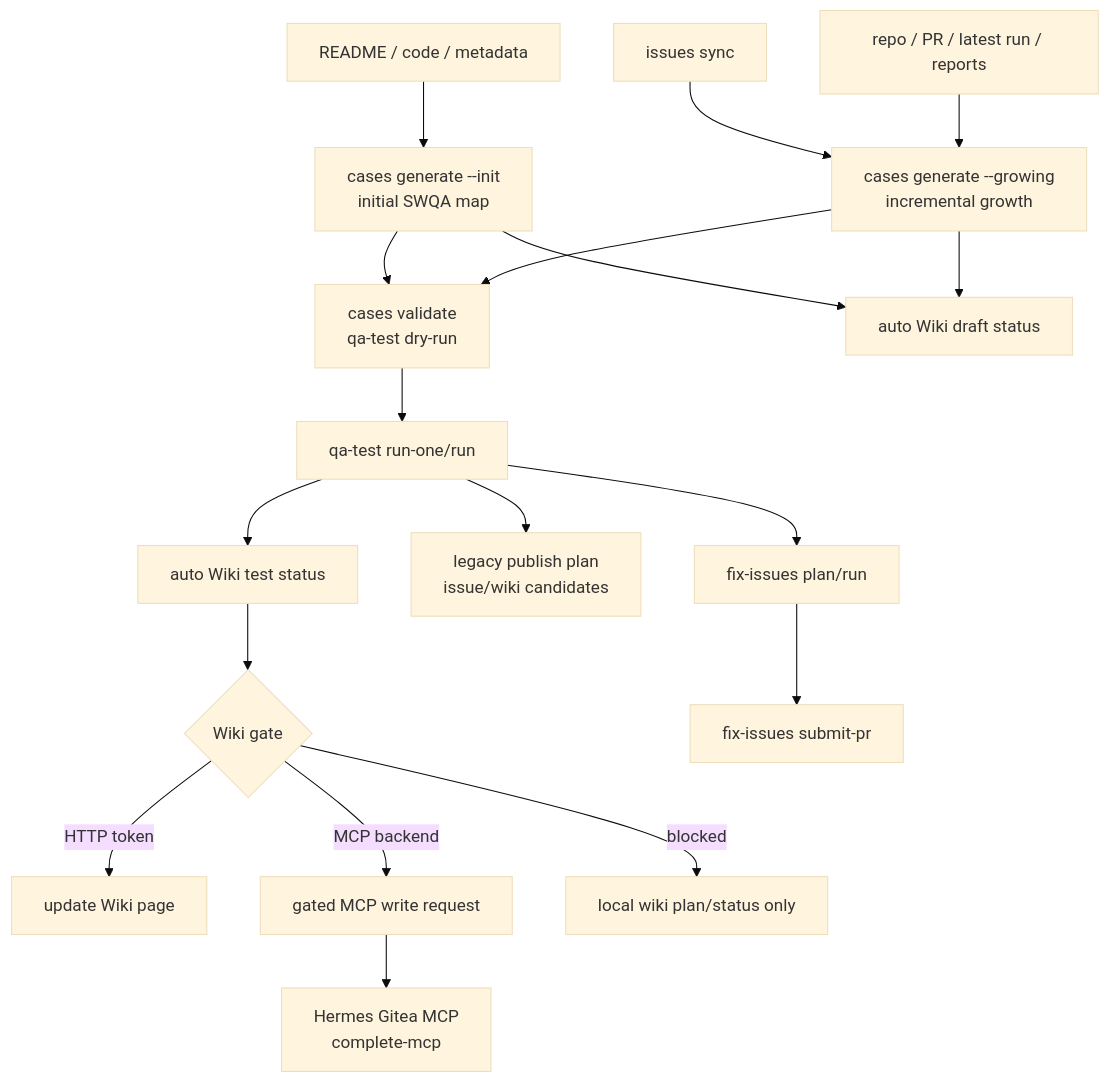
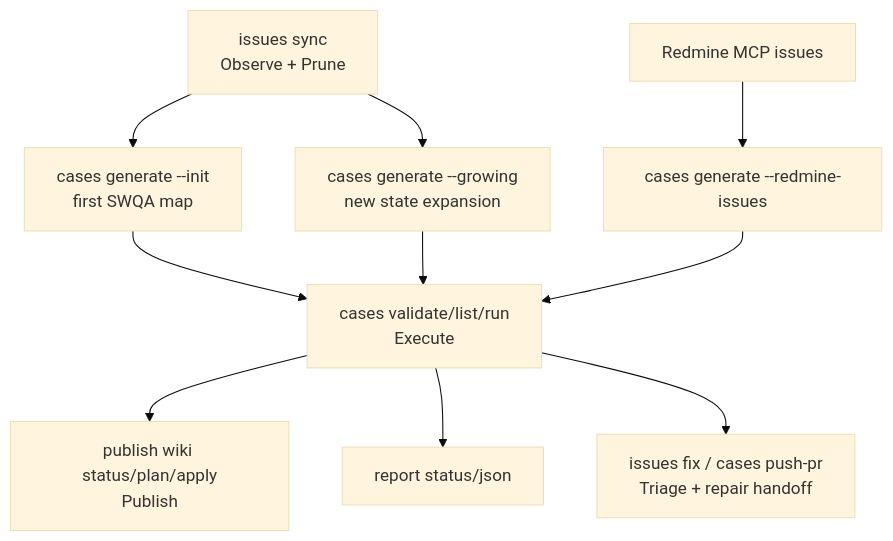
One commit to siriChiu/quality-assurance-AI-system-testing changed the second of 2 diagrams in README.md. Above: the diagram before and after it, drawn with Mermaid (base theme). The commit also changed other lines of this file and 20 other files, not shown here.

First line of the commit message:
Refactor CLI commands and configuration for Hermes MCP integration

````diff
--- a/README.md
+++ b/README.md
@@ -39,20 +35,12 @@
 ```mermaid
 flowchart TD
-  A["issues sync"] --> B["cases generate --growing<br/>incremental growth"]
-  Z0["README / code / metadata"] --> B0["cases generate --init<br/>initial SWQA map"]
-  Z["repo / PR / latest run / reports"] --> B
-  B0 --> C["cases validate<br/>qa-test dry-run"]
-  B --> C
-  C --> D["qa-test run-one/run"]
-  B0 --> W0["auto Wiki draft status"]
-  B --> W0
-  D --> W1["auto Wiki test status"]
-  W1 --> F{"Wiki gate"}
-  F -->|HTTP token| G["update Wiki page"]
-  F -->|MCP backend| M["gated MCP write request"]
-  M --> N["Hermes Gitea MCP<br/>complete-mcp"]
-  F -->|blocked| H["local wiki plan/status only"]
-  D --> E["legacy publish plan<br/>issue/wiki candidates"]
-  D --> I["fix-issues plan/run"]
-  I --> J["fix-issues submit-pr"]
+  A["issues sync<br/>Observe + Prune"] --> B["cases generate --init<br/>first SWQA map"]
+  A --> C["cases generate --growing<br/>new state expansion"]
+  R["Redmine MCP issues"] --> D["cases generate --redmine-issues"]
+  B --> E["cases validate/list/run<br/>Execute"]
+  C --> E
+  D --> E
+  E --> F["publish wiki status/plan/apply<br/>Publish"]
+  E --> G["report status/json"]
+  E --> H["issues fix / cases push-pr<br/>Triage + repair handoff"]
 ```
````
